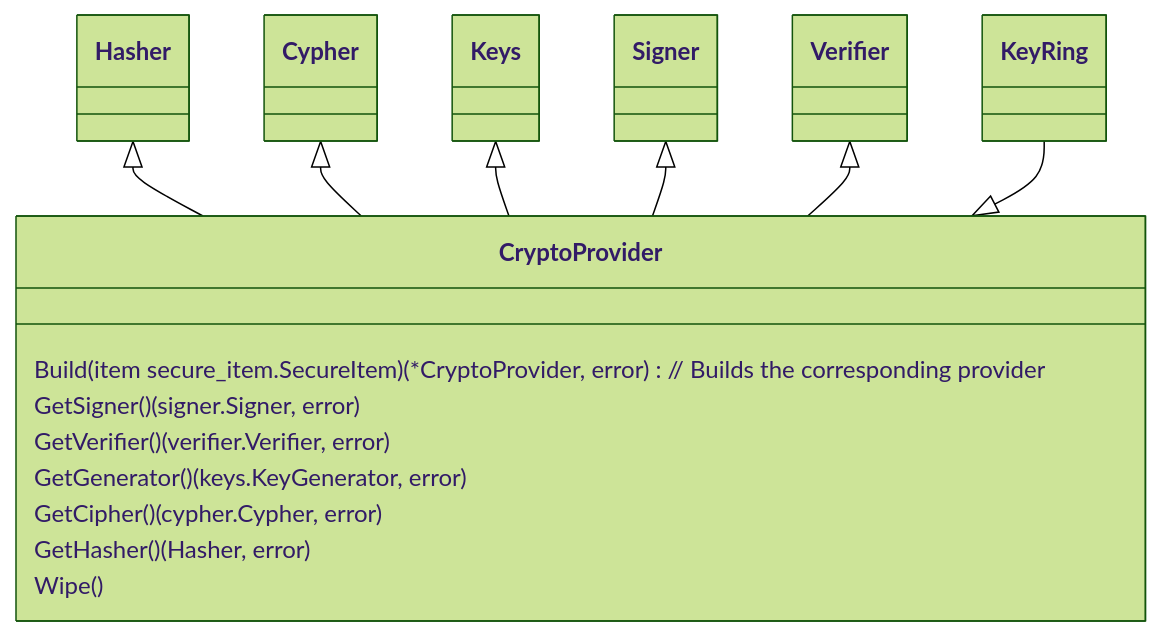
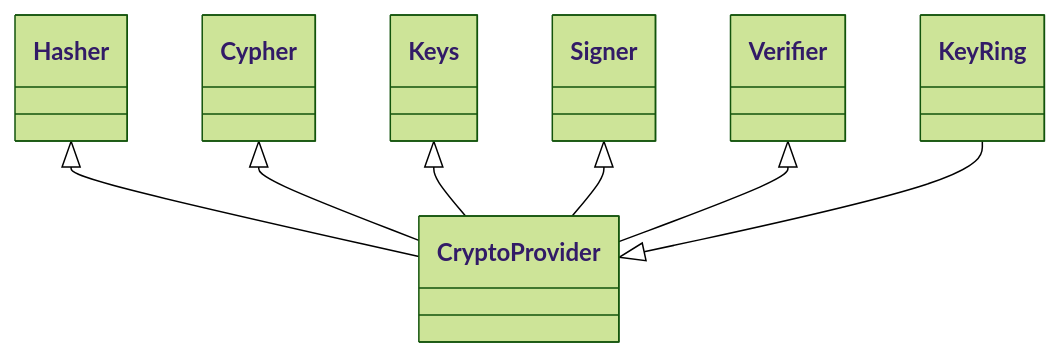
One commit to Zondax/cosmos-sdk changed the second of 6 diagrams in crypto/docs/adr.md. Above: the diagram before and after it, drawn with Mermaid (forest theme). The commit also changed other lines of this file and 4 other files, not shown here.

````diff
--- a/crypto/docs/adr.md
+++ b/crypto/docs/adr.md
@@ -72,18 +76,11 @@
 ```mermaid
 classDiagram
 Hasher <|-- CryptoProvider
 Cypher <|-- CryptoProvider
 Keys <|-- CryptoProvider
 Signer <|-- CryptoProvider
 Verifier <|-- CryptoProvider
 
 KeyRing --|> CryptoProvider
 
-CryptoProvider : Build(item secure_item.SecureItem) (*CryptoProvider, error) // Builds the corresponding provider
-CryptoProvider : GetSigner() (signer.Signer, error)
-CryptoProvider : GetVerifier() (verifier.Verifier, error)
-CryptoProvider : GetGenerator() (keys.KeyGenerator, error)
-CryptoProvider : GetCipher() (cypher.Cypher, error)
-CryptoProvider : GetHasher() (Hasher, error)
-CryptoProvider : Wipe()
 ```
````
